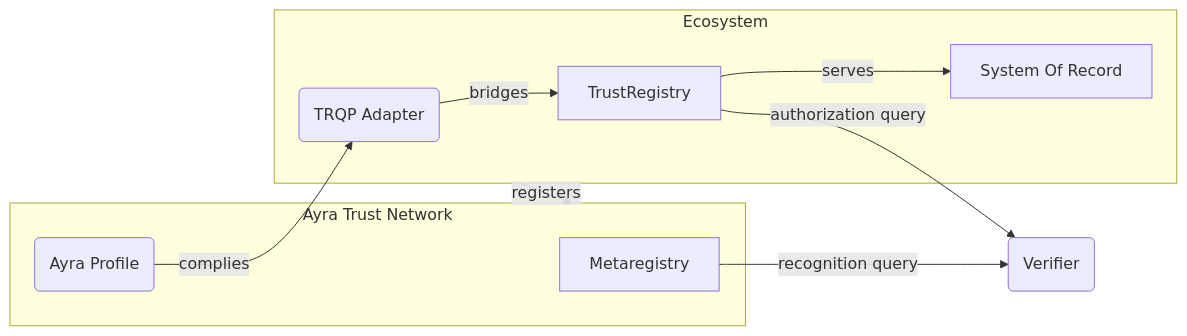
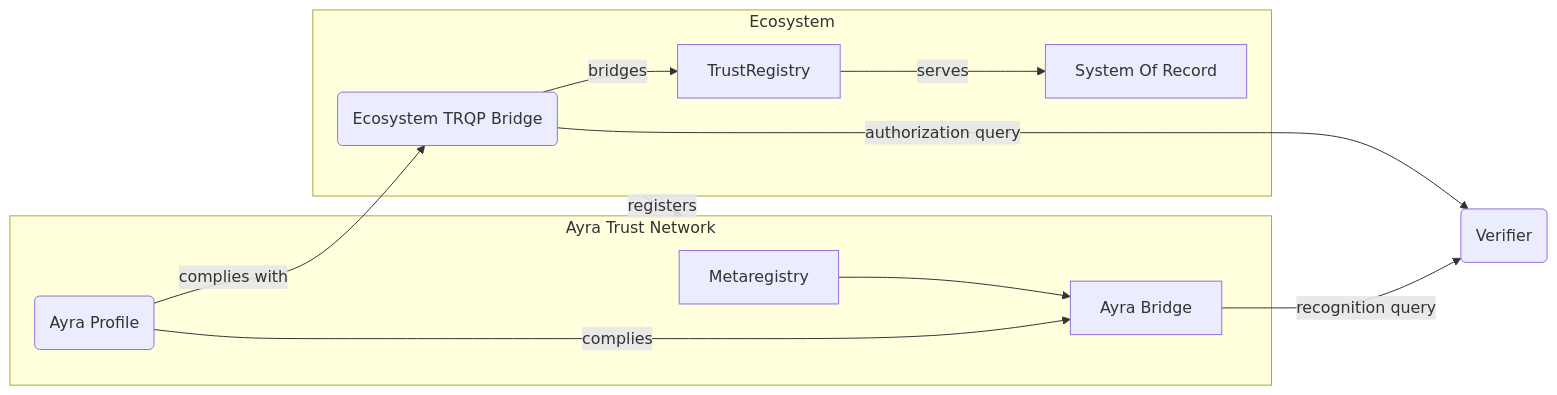
Before and after one commit to ayraforum/ayra-trust-registry-resources: the first of 3 diagrams in guides/implementers_guide.md, drawn with Mermaid. The commit also changed other lines of this file, not shown here.

````diff
--- a/guides/implementers_guide.md
+++ b/guides/implementers_guide.md
@@ -44,15 +49,17 @@
 ```mermaid
 flowchart LR
   subgraph ATN[Ayra Trust Network]
     Metaregistry
     A
+    AyraTRQPBridge[Ayra Bridge]
   end
   subgraph Ecosystem
-    A(Ayra Profile) -->|complies| B(TRQP Adapter)
+    A(Ayra Profile) -->|complies with| B(Ecosystem TRQP Bridge)
     B -->|bridges| TrustRegistry[TrustRegistry] -->|serves| C[System Of Record]
   end
   Ecosystem -->|registers| ATN
 
-  TrustRegistry -->|authorization query| D(Verifier)
-  Metaregistry -->|recognition query| D(Verifier)
+  B -->|authorization query| D(Verifier)
+  A -->|complies| AyraTRQPBridge
+  Metaregistry --> AyraTRQPBridge -->|recognition query| D(Verifier)
 ```
````
